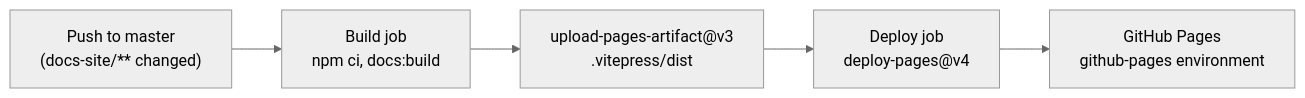
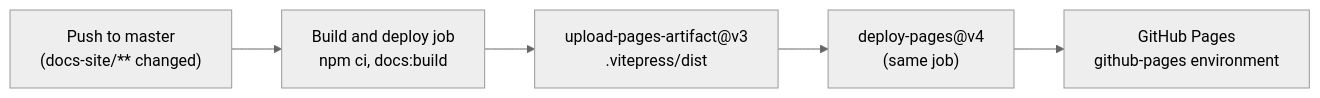
One commit to Gabrieldiv/astronaut-health-intelligence-platform changed the diagram in docs-site/engineering/deployment.md. Above: the diagram before and after it, drawn with Mermaid (neutral theme). The commit also changed other lines of this file and 8 other files, not shown here.

First line of the commit message:
Run CI only when needed and deploy docs in a single job

````diff
--- a/docs-site/engineering/deployment.md
+++ b/docs-site/engineering/deployment.md
@@ -78,7 +79,7 @@
 ```mermaid
 flowchart LR
-    PUSH["Push to master<br/>(docs-site/** changed)"] --> BUILD["Build job<br/>npm ci, docs:build"]
-    BUILD --> ART["upload-pages-artifact@v3<br/>.vitepress/dist"]
-    ART --> DEPLOY["Deploy job<br/>deploy-pages@v4"]
+    PUSH["Push to master<br/>(docs-site/** changed)"] --> JOB["Build and deploy job<br/>npm ci, docs:build"]
+    JOB --> ART["upload-pages-artifact@v3<br/>.vitepress/dist"]
+    ART --> DEPLOY["deploy-pages@v4<br/>(same job)"]
     DEPLOY --> PAGES["GitHub Pages<br/>github-pages environment"]
 ```
````
